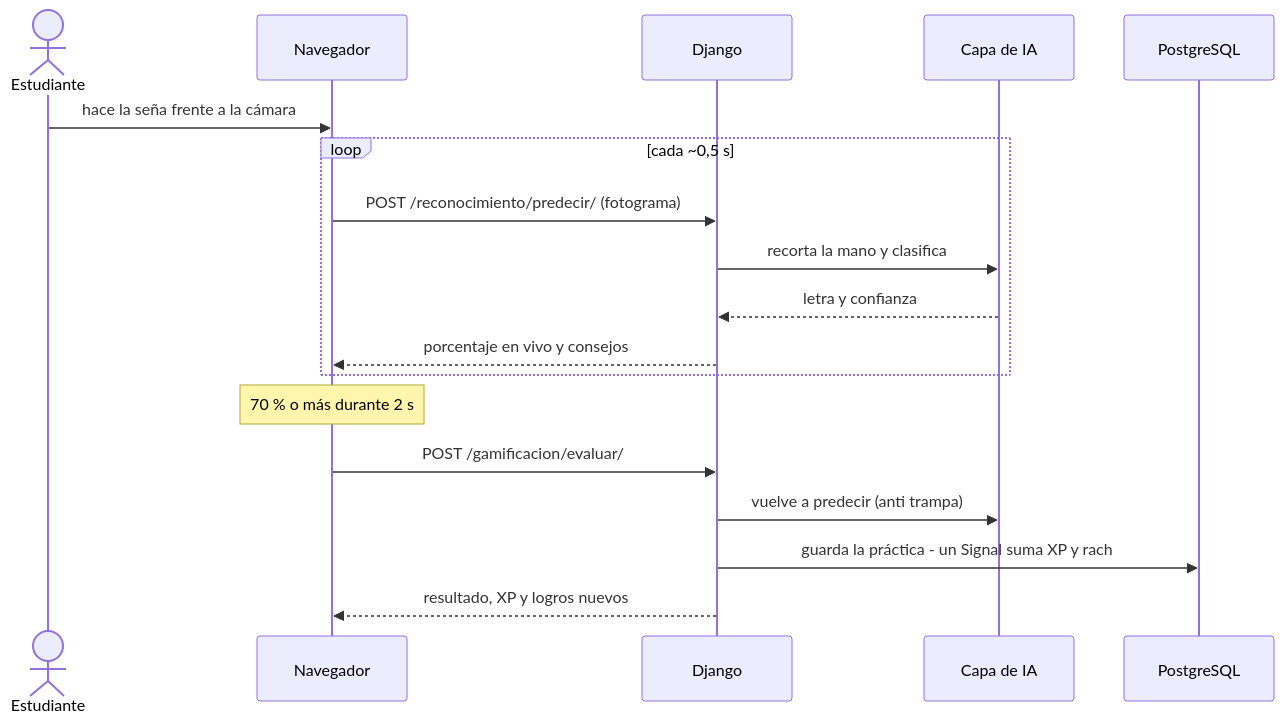
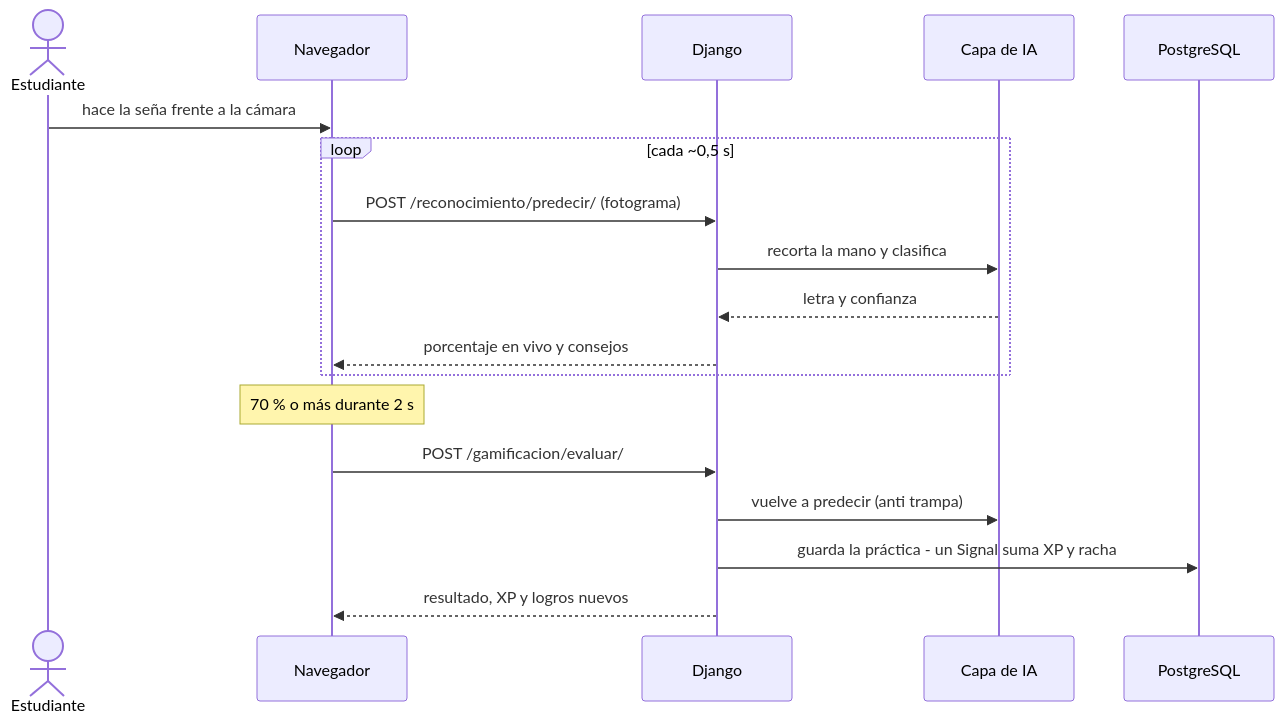
Before and after one commit to loliters/LSB---Netbean: the second of 2 diagrams in README.md, drawn with Mermaid. The commit also changed other lines of this file, not shown here.

````diff
--- a/README.md
+++ b/README.md
@@ -64,20 +64,20 @@
 ```mermaid
 sequenceDiagram
     actor E as Estudiante
     participant B as Navegador
     participant D as Django
     participant IA as Capa de IA
     participant DB as PostgreSQL
     E->>B: hace la seña frente a la cámara
     loop cada ~0,5 s
         B->>D: POST /reconocimiento/predecir/ (fotograma)
         D->>IA: recorta la mano y clasifica
         IA-->>D: letra y confianza
         D-->>B: porcentaje en vivo y consejos
     end
     Note over B: 70 % o más durante 2 s
     B->>D: POST /gamificacion/evaluar/
     D->>IA: vuelve a predecir (anti trampa)
-    D->>DB: guarda la práctica - un Signal suma XP y rach
+    D->>DB: guarda la práctica - un Signal suma XP y racha
     D-->>B: resultado, XP y logros nuevos
 ```
````
